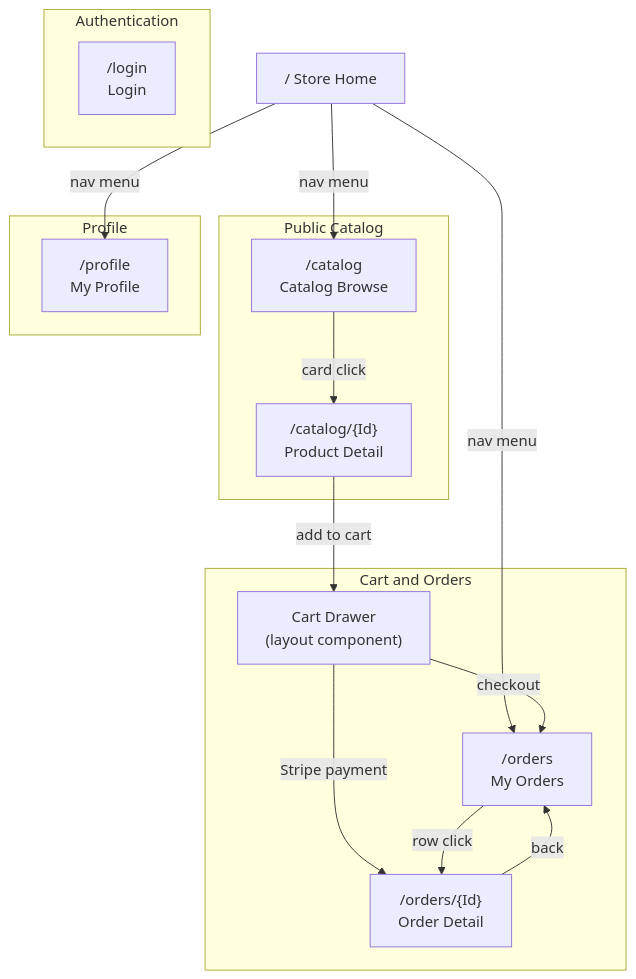
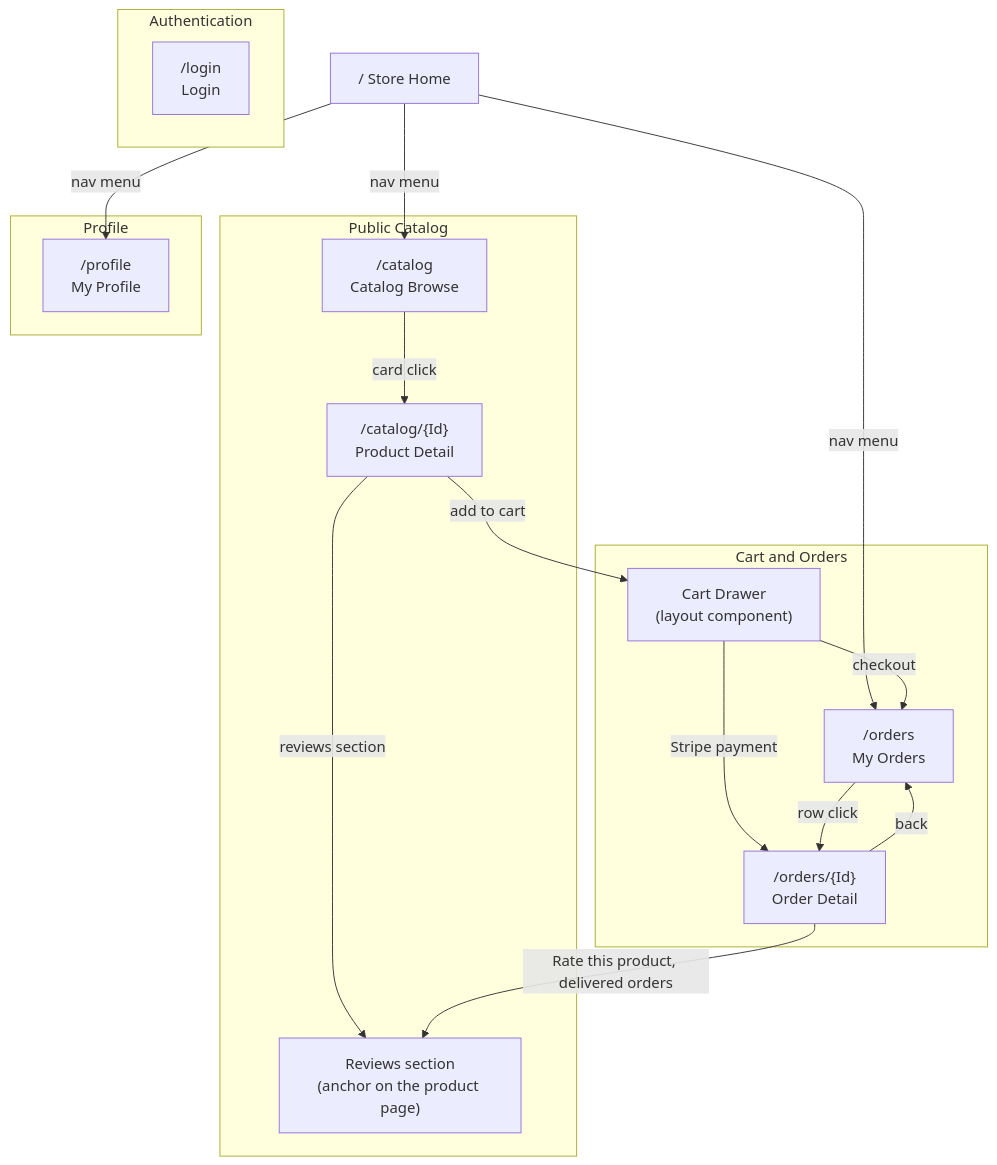
One commit to ivanball/ivanball.github.io changed the second of 3 diagrams in docs-src/guides/store-NavigationFlow.md. Above: the diagram before and after it, drawn with Mermaid. The commit also changed other lines of this file and 14 other files, not shown here.

First line of the commit message:
docs: Store tracking/reviews guides + root-page figures refresh (#167)

````diff
--- a/docs-src/guides/store-NavigationFlow.md
+++ b/docs-src/guides/store-NavigationFlow.md
@@ -64,35 +66,39 @@
 ```mermaid
 flowchart TD
     subgraph Auth["Authentication"]
         Login["/login<br/>Login"]
     end
 
     subgraph Catalog["Public Catalog"]
         Browse["/catalog<br/>Catalog Browse"]
         ProductDetail["/catalog/{Id}<br/>Product Detail"]
+        Reviews["Reviews section<br/>(anchor on the product page)"]
     end
 
     subgraph Sales["Cart and Orders"]
         Cart["Cart Drawer<br/>(layout component)"]
         Orders["/orders<br/>My Orders"]
         OrderDetail["/orders/{Id}<br/>Order Detail"]
     end
 
     subgraph Identity["Profile"]
         Profile["/profile<br/>My Profile"]
     end
 
     Home["/  Store Home"]
 
     Home -->|nav menu| Browse
     Home -->|nav menu| Orders
     Home -->|nav menu| Profile
 
     Browse -->|card click| ProductDetail
     ProductDetail -->|add to cart| Cart
     Cart -->|checkout| Orders
     Cart -->|Stripe payment| OrderDetail
 
     Orders -->|row click| OrderDetail
     OrderDetail -->|back| Orders
+
+    ProductDetail -->|reviews section| Reviews
+    OrderDetail -->|Rate this product, delivered orders| Reviews
 ```
````
